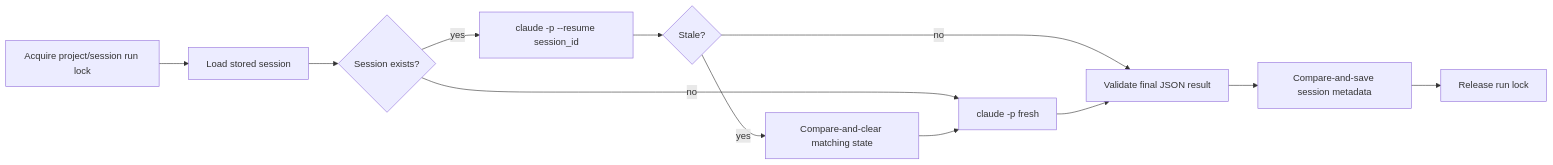
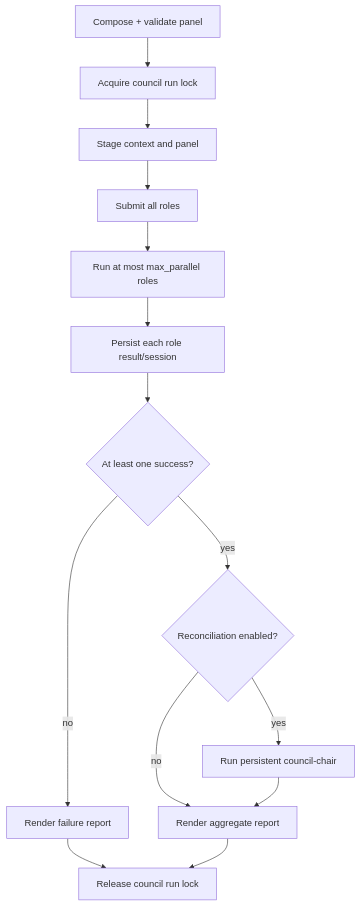
One commit to ehzawad/claude-opinion changed the second of 2 diagrams in DESIGN.md. Above: the diagram before and after it, drawn with Mermaid. The commit also changed other lines of this file and 12 other files, not shown here.

First line of the commit message:
Add persistent multi-agent Claude council

````diff
--- a/DESIGN.md
+++ b/DESIGN.md
@@ -57,14 +147,16 @@
 ```mermaid
-flowchart LR
-    A[Acquire project/session run lock] --> B[Load stored session]
-    B --> C{Session exists?}
-    C -- yes --> D[claude -p --resume session_id]
-    C -- no --> E[claude -p fresh]
-    D --> F{Stale?}
-    F -- yes --> G[Compare-and-clear matching state]
-    G --> E
-    F -- no --> H[Validate final JSON result]
-    E --> H
-    H --> I[Compare-and-save session metadata]
-    I --> J[Release run lock]
+flowchart TD
+    A[Compose + validate panel] --> B[Acquire council run lock]
+    B --> C[Stage context and panel]
+    C --> D[Submit all roles]
+    D --> E[Run at most max_parallel roles]
+    E --> F[Persist each role result/session]
+    F --> G{At least one success?}
+    G -- no --> H[Render failure report]
+    G -- yes --> I{Reconciliation enabled?}
+    I -- no --> J[Render aggregate report]
+    I -- yes --> K[Run persistent council-chair]
+    K --> J
+    H --> L[Release council run lock]
+    J --> L
 ```
````
